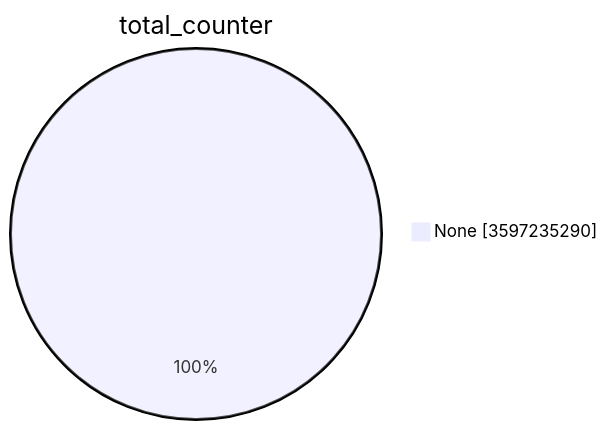
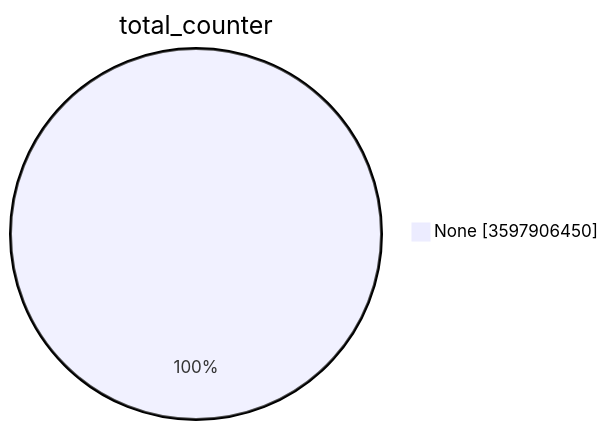
Before and after one commit to christiankrug/ctmonitor_visualization: the first of 15 diagrams in TOTAL/README.md, drawn with Mermaid. The commit also changed other lines of this file, not shown here.

````diff
--- a/TOTAL/README.md
+++ b/TOTAL/README.md
@@ -1,5 +1,5 @@
 ```mermaid
 pie showData
 title total_counter
-"None" :3597235290
+"None" :3597906450
 ```
````
